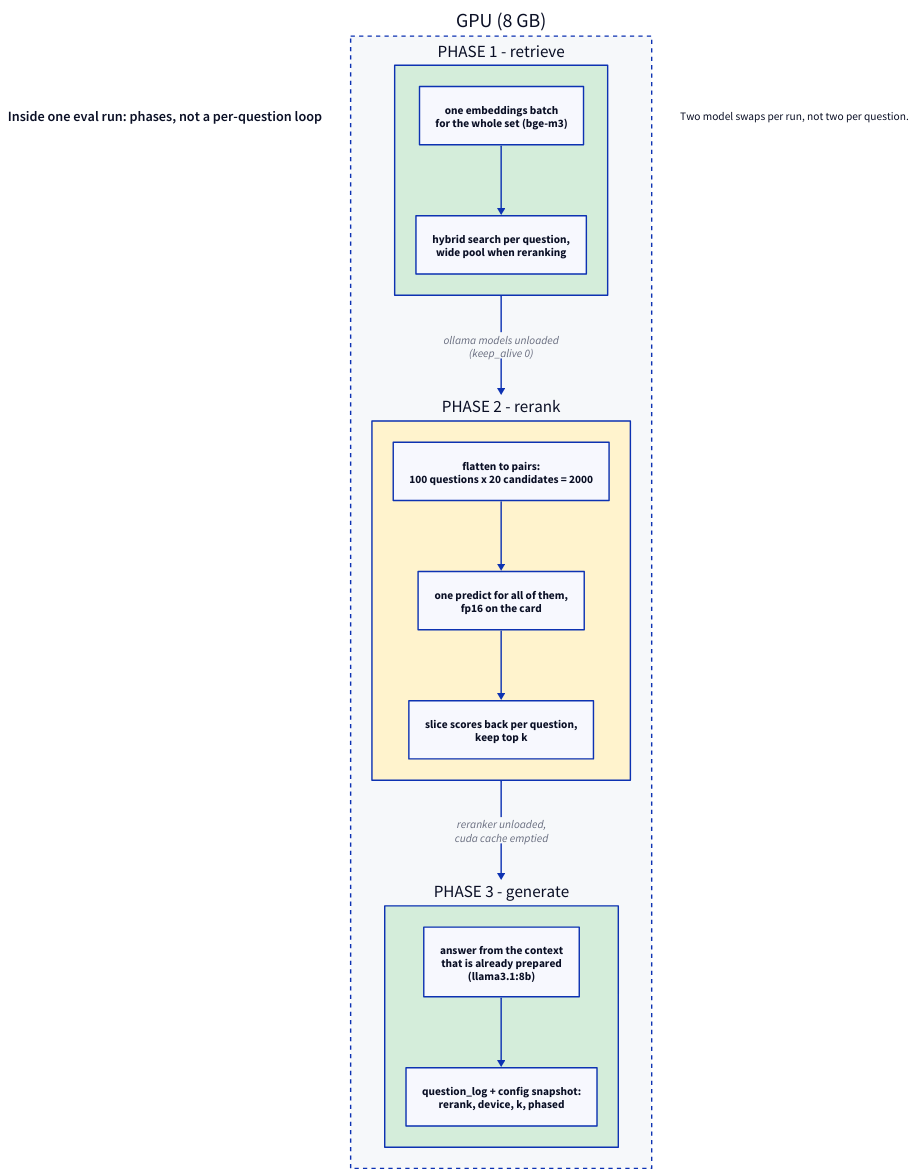
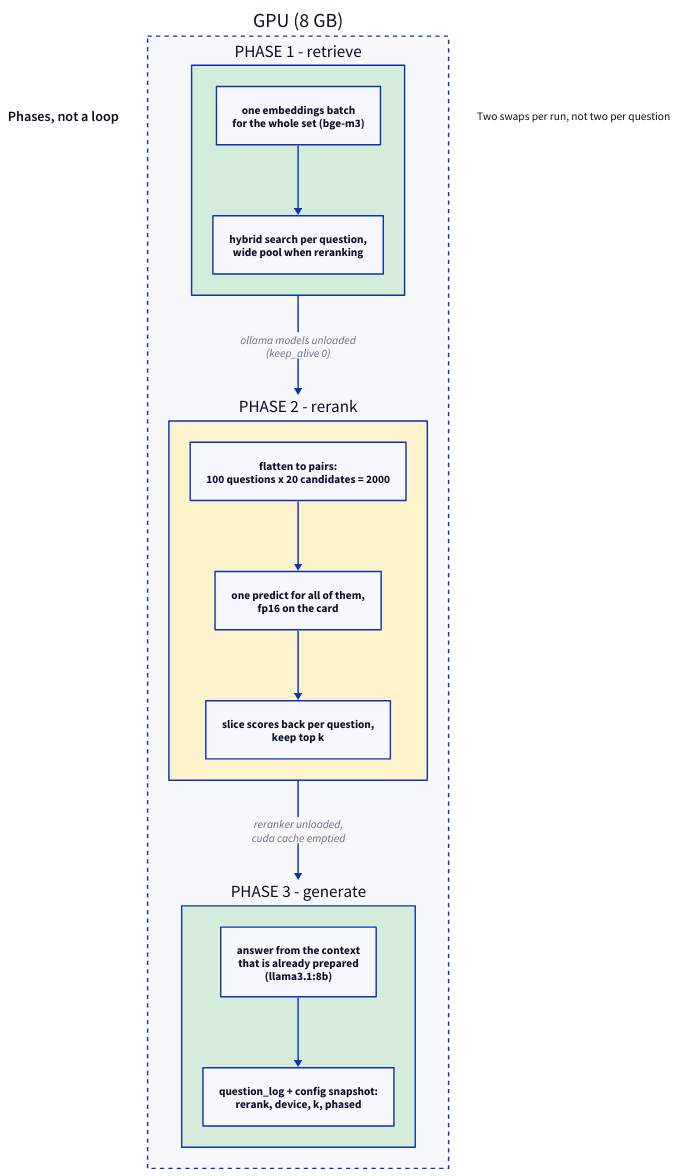
Before and after one commit to rikitikitav1/rag-lab: the diagram in docs/diagrams/phased_run.d2, drawn with D2. The commit also changed 38 other files, not shown here.

```diff
--- a/docs/diagrams/phased_run.d2
+++ b/docs/diagrams/phased_run.d2
@@ -1,43 +1,44 @@
 direction: down
 
 title: |md
-  ### Inside one eval run: phases, not a per-question loop
+  ### Phases, not a loop
 |
 
 card: GPU (8 GB) {
   style.stroke-dash: 3
   style.fill: "#f6f8fa"
 
   p1: "PHASE 1 - retrieve" {
     style.fill: "#d4edda"
     embed: "one embeddings batch\nfor the whole set (bge-m3)"
     search: "hybrid search per question,\nwide pool when reranking"
     embed -> search
   }
 
   p2: "PHASE 2 - rerank" {
     style.fill: "#fff3cd"
     flat: "flatten to pairs:\n100 questions x 20 candidates = 2000"
     once: "one predict for all of them,\nfp16 on the card"
     back: "slice scores back per question,\nkeep top k"
     flat -> once -> back
   }
 
   p3: "PHASE 3 - generate" {
     style.fill: "#d4edda"
     gen: "answer from the context\nthat is already prepared\n(llama3.1:8b)"
     logrow: "question_log + config snapshot:\nrerank, device, k, phased"
     gen -> logrow
   }
 
   p1 -> p2: "ollama models unloaded\n(keep_alive 0)" {
     style.stroke-width: 2
   }
   p2 -> p3: "reranker unloaded,\ncuda cache emptied" {
     style.stroke-width: 2
   }
 }
 
 note: |md
-  Two model swaps per run, not two per question.
+  Two swaps per run,
+  not two per question
 |
```
